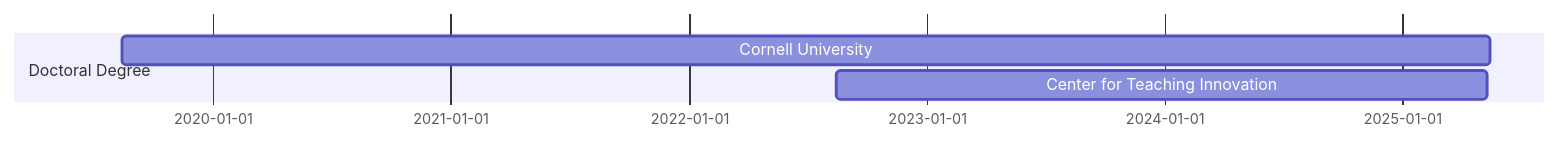
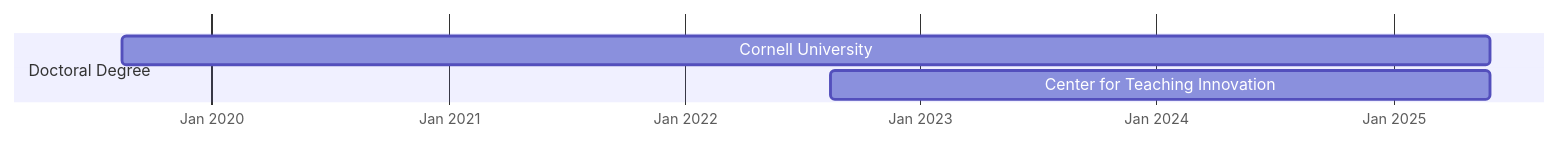
One commit to asrampasso/academic_website changed the second of 5 diagrams in content/timeline/_index.md. Above: the diagram before and after it, drawn with Mermaid. The commit also changed other lines of this file and 43 other files, not shown here.

Commit message:
Update research, timeline, teaching portfolio and statements

````diff
--- a/content/timeline/_index.md
+++ b/content/timeline/_index.md
@@ -8,11 +31,13 @@
 ```mermaid
 
 gantt
 
   dateFormat  YYYY-MM-DD
+  axisFormat %b %Y
+  tickInterval 12month
 
   section Doctoral Degree
-  Cornell University: 2019-08-15, 2100d
-  Center for Teaching Innovation: 2022-08-15, 1000d
+  Cornell University: 2019-08-15, 2025-05-31
+  Center for Teaching Innovation: 2022-08-15, 2025-05-31
 
 ```
````
